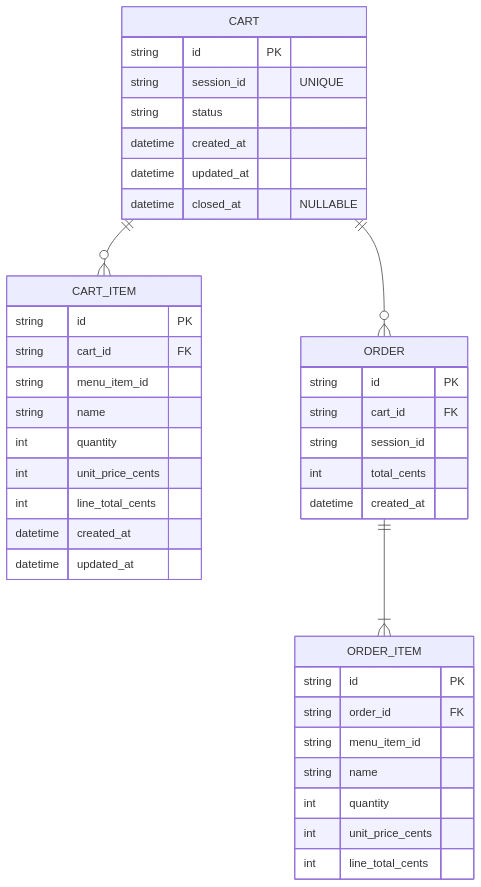
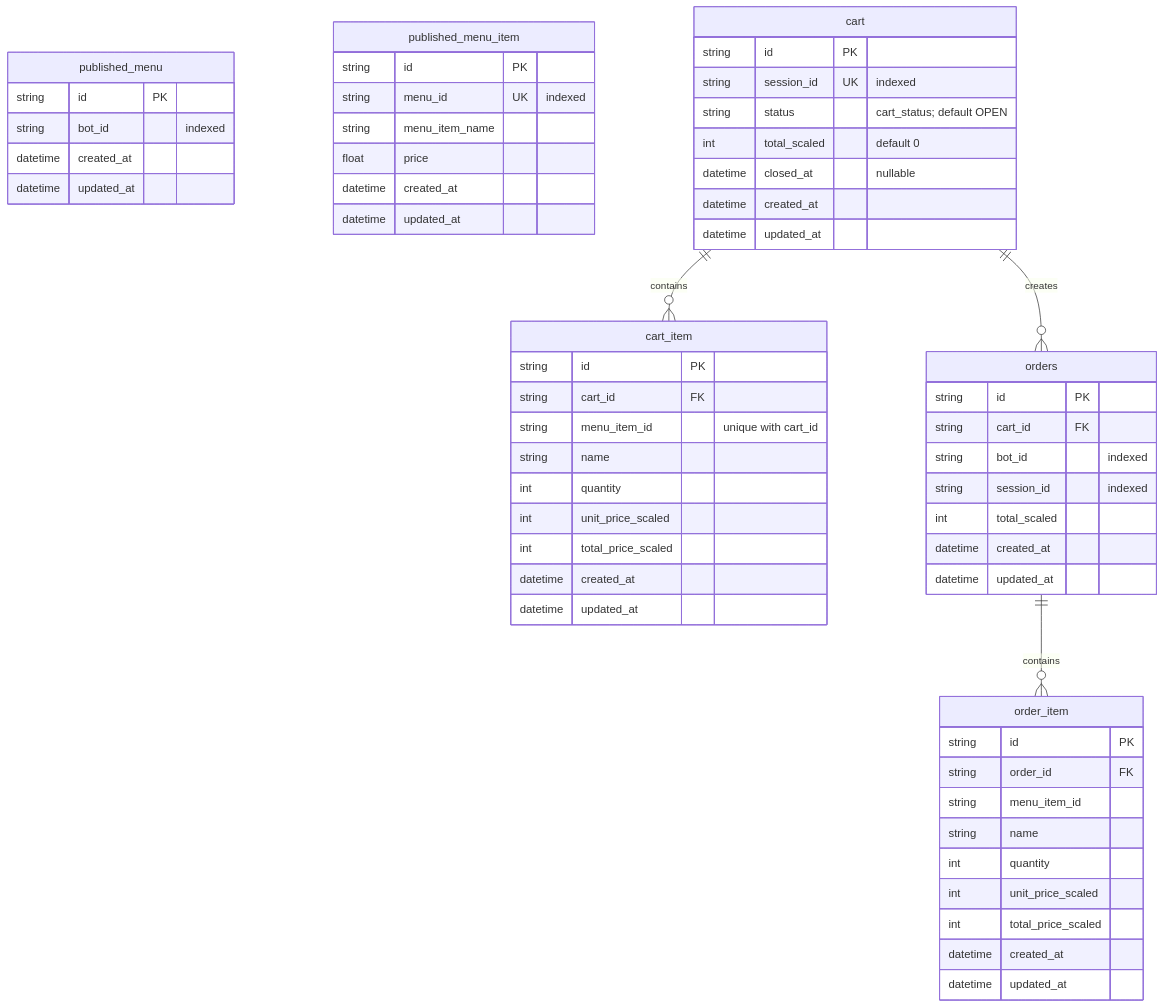
Before and after one commit to RockkLee/order-bot: the diagram in doc/order-bot-svc-erd.md, drawn with Mermaid. The commit also changed other lines of this file and 1 other file, not shown here.

Commit message:
Revise the use case diagram and an ER diagram

````diff
--- a/doc/order-bot-svc-erd.md
+++ b/doc/order-bot-svc-erd.md
@@ -2,52 +3,67 @@
 ```mermaid
 erDiagram
-  %% =========================
-  %% order-bot-svc
-  %% =========================
-  CART {
-    string   id PK
-    string   session_id "UNIQUE"
-    string   status
-    datetime created_at
-    datetime updated_at
-    datetime closed_at "NULLABLE"
-  }
+    published_menu {
+        string id PK
+        string bot_id "indexed"
+        datetime created_at
+        datetime updated_at
+    }
 
-  CART_ITEM {
-    string   id PK
-    string   cart_id FK
-    string   menu_item_id
-    string   name
-    int      quantity
-    int      unit_price_cents
-    int      line_total_cents
-    datetime created_at
-    datetime updated_at
-    %% UNIQUE(cart_id, menu_item_id)
-  }
+    published_menu_item {
+        string id PK
+        string menu_id UK "indexed"
+        string menu_item_name
+        float price
+        datetime created_at
+        datetime updated_at
+    }
 
-  "ORDER" {
-    string   id PK
-    string   cart_id FK
-    string   session_id
-    int      total_cents
-    datetime created_at
-  }
+    cart {
+        string id PK
+        string session_id UK "indexed"
+        string status "cart_status; default OPEN"
+        int total_scaled "default 0"
+        datetime closed_at "nullable"
+        datetime created_at
+        datetime updated_at
+    }
 
-  ORDER_ITEM {
-    string id PK
-    string order_id FK
-    string menu_item_id
-    string name
-    int    quantity
-    int    unit_price_cents
-    int    line_total_cents
-  }
+    cart_item {
+        string id PK
+        string cart_id FK
+        string menu_item_id "unique with cart_id"
+        string name
+        int quantity
+        int unit_price_scaled
+        int total_price_scaled
+        datetime created_at
+        datetime updated_at
+    }
 
-  CART  ||--o{ CART_ITEM : ""
-  CART  ||--o{ "ORDER"   : ""
-  "ORDER" ||--|{ ORDER_ITEM : ""
+    orders {
+        string id PK
+        string cart_id FK
+        string bot_id "indexed"
+        string session_id "indexed"
+        int total_scaled
+        datetime created_at
+        datetime updated_at
+    }
 
+    order_item {
+        string id PK
+        string order_id FK
+        string menu_item_id
+        string name
+        int quantity
+        int unit_price_scaled
+        int total_price_scaled
+        datetime created_at
+        datetime updated_at
+    }
 
+    cart ||--o{ cart_item : contains
+    cart ||--o{ orders : creates
+    orders ||--o{ order_item : contains
 
 ```
````
